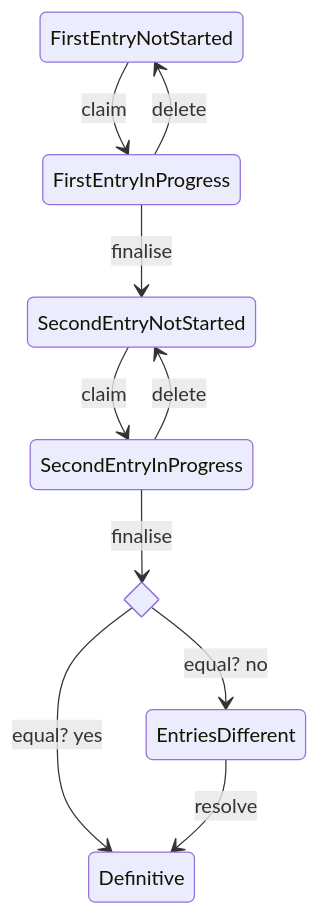
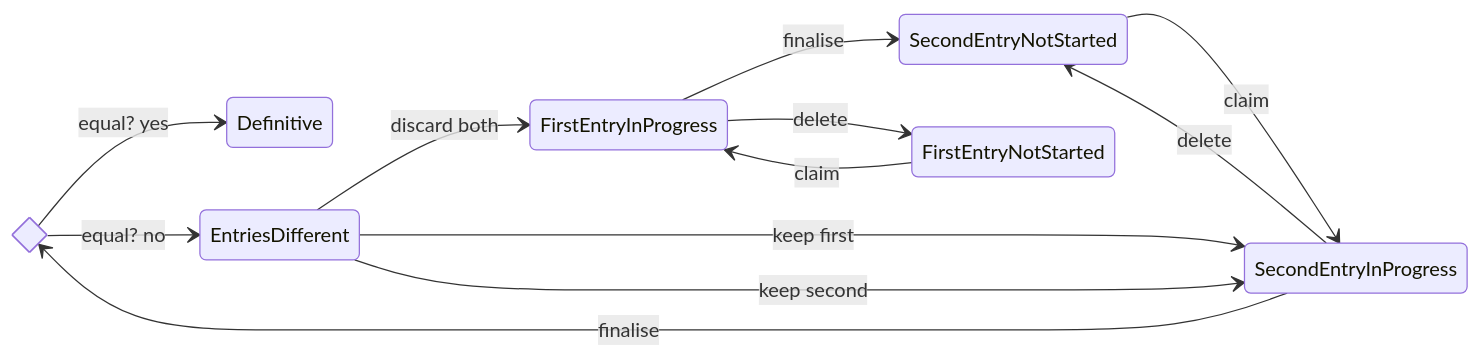
The diagram in documentatie/flowcharts/data-entry-state.md (kiesraad/abacus), drawn with Mermaid before and after one commit.

Commit message:
Added new states, changed rendering direction

````diff
--- a/documentatie/flowcharts/data-entry-state.md
+++ b/documentatie/flowcharts/data-entry-state.md
@@ -7,19 +7,18 @@
 ```mermaid
 stateDiagram
-FirstEntryNotStarted --> FirstEntryInProgress: claim
-#FirstEntryInProgress --> FirstEntryInProgress: claim
-#FirstEntryInProgress --> FirstEntryInProgress: save
-FirstEntryInProgress --> SecondEntryNotStarted: finalise
-FirstEntryInProgress --> FirstEntryNotStarted: delete
-SecondEntryNotStarted --> SecondEntryInProgress: claim
-#SecondEntryInProgress --> SecondEntryInProgress: claim
-#SecondEntryInProgress --> SecondEntryInProgress: save
-state is_equal <<choice>>
-is_equal --> Definitive: equal? yes
-is_equal --> EntriesDifferent: equal? no
-SecondEntryInProgress --> is_equal: finalise
-SecondEntryInProgress --> SecondEntryNotStarted: delete
-#EntriesDifferent --> EntriesDifferent: save
-# Will be Implemented in #130: EntriesDifferent --> NotStarted: delete
-EntriesDifferent --> Definitive: resolve
+  direction LR
+  state is_equal <<choice>>
+  FirstEntryNotStarted --> FirstEntryInProgress:claim
+  #FirstEntryInProgress --> FirstEntryInProgress:save
+  FirstEntryInProgress --> SecondEntryNotStarted:finalise
+  FirstEntryInProgress --> FirstEntryNotStarted:delete
+  SecondEntryNotStarted --> SecondEntryInProgress:claim
+  is_equal --> Definitive:equal? yes
+  is_equal --> EntriesDifferent:equal? no
+  #SecondEntryInProgress --> SecondEntryInProgress:save
+  SecondEntryInProgress --> is_equal:finalise
+  SecondEntryInProgress --> SecondEntryNotStarted:delete
+  EntriesDifferent --> FirstEntryInProgress:discard both
+  EntriesDifferent --> SecondEntryInProgress:keep first
+  EntriesDifferent --> SecondEntryInProgress:keep second
 ```
````
